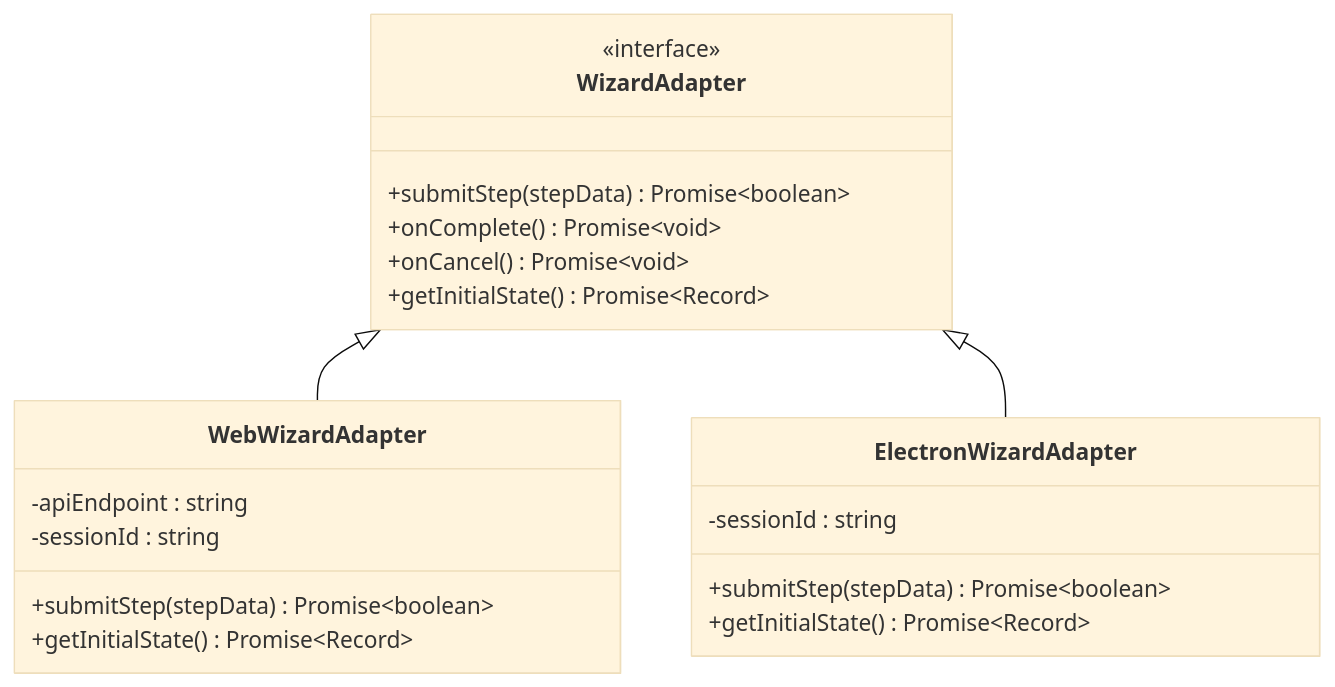
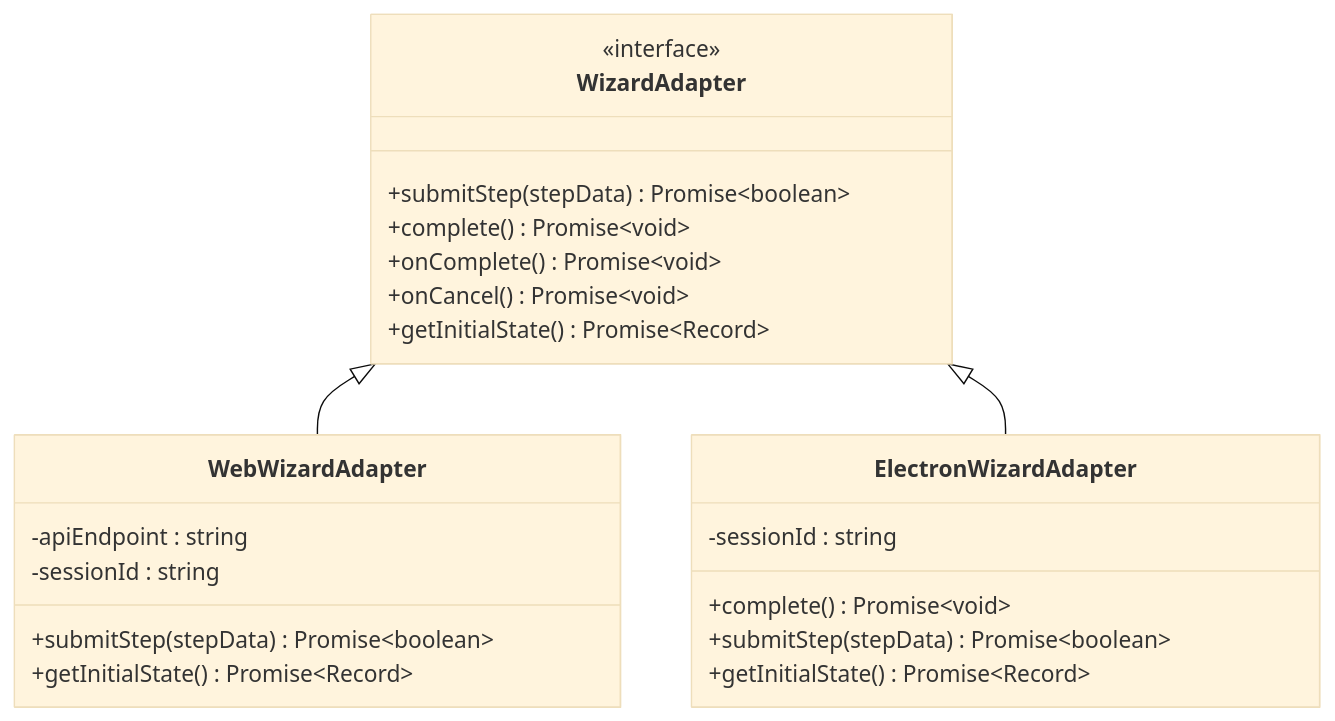
The second of 8 diagrams in .qoder/repowiki/zh/content/设置向导适配器.md (verse-ai-org/openclaw), drawn with Mermaid (base theme) before and after one commit. The commit also changed other lines of this file and 78 other files, not shown here.

````diff
--- a/.qoder/repowiki/zh/content/设置向导适配器.md
+++ b/.qoder/repowiki/zh/content/设置向导适配器.md
@@ -81,23 +92,25 @@
 ```mermaid
 classDiagram
 class WizardAdapter {
 <<interface>>
 +submitStep(stepData) Promise~boolean~
++complete() Promise~void~
 +onComplete() Promise~void~
 +onCancel() Promise~void~
 +getInitialState() Promise~Record~
 }
 class WebWizardAdapter {
 -apiEndpoint : string
 -sessionId : string
 +submitStep(stepData) Promise~boolean~
 +getInitialState() Promise~Record~
 }
 class ElectronWizardAdapter {
 -sessionId : string
++complete() Promise~void~
 +submitStep(stepData) Promise~boolean~
 +getInitialState() Promise~Record~
 }
 WizardAdapter <|-- WebWizardAdapter
 WizardAdapter <|-- ElectronWizardAdapter
 ```
````
